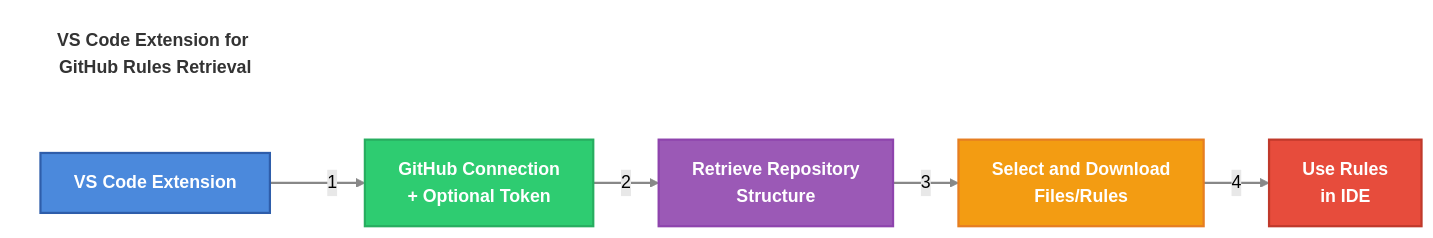
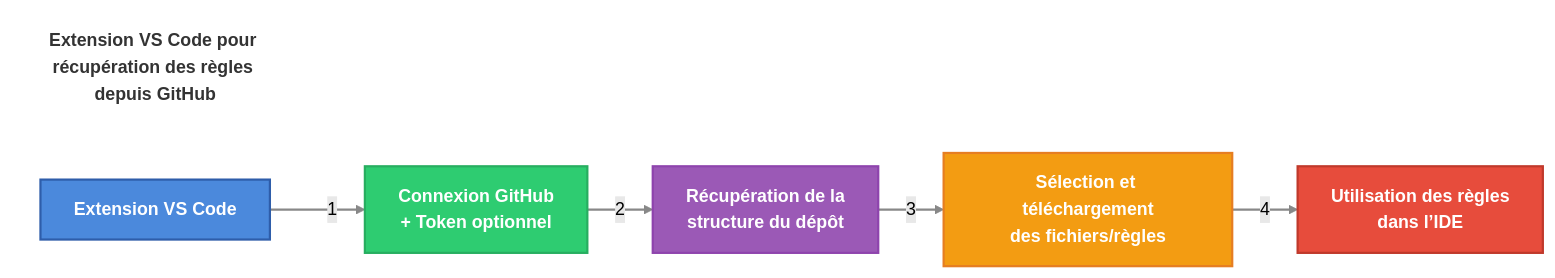
Before and after one commit to ai-driven-dev/rules: the diagram in README.md, drawn with Mermaid (forest theme). The commit also changed other lines of this file and 6 other files, not shown here.

Commit message:
feat: add clean code principles and semantic compression rules; remove outdated code generation and sizes rules

````diff
--- a/README.md
+++ b/README.md
@@ -36,22 +34,19 @@
 ```mermaid
 flowchart LR
-    %% Title of the diagram
     classDef titleClass fill:none,stroke:none,color:#333333,font-size:16px,font-weight:bold
-    title[VS Code Extension for GitHub Rules Retrieval]
+    title[Extension VS Code pour récupération des règles depuis GitHub]
     class title titleClass
     
-    A[VS Code Extension] -->|1| B[GitHub Connection\n+ Optional Token]
-    B -->|2| C[Retrieve Repository\nStructure]
-    C -->|3| D[Select and Download\nFiles/Rules]
-    D -->|4| E[Use Rules\nin IDE]
+    A[Extension VS Code] -->|1| B[Connexion GitHub\n+ Token optionnel]
+    B -->|2| C[Récupération de la\nstructure du dépôt]
+    C -->|3| D[Sélection et téléchargement\ndes fichiers/règles]
+    D -->|4| E[Utilisation des règles\ndans l’IDE]
     
-    %% Styles améliorés avec dégradés et arrondis
     style A fill:#4b89dc,stroke:#2e5daa,color:white,stroke-width:2px,border-radius:10px,font-weight:bold
     style B fill:#2ecc71,stroke:#27ae60,color:white,stroke-width:2px,border-radius:10px,font-weight:bold
     style C fill:#9b59b6,stroke:#8e44ad,color:white,stroke-width:2px,border-radius:10px,font-weight:bold
     style D fill:#f39c12,stroke:#e67e22,color:white,stroke-width:2px,border-radius:10px,font-weight:bold
     style E fill:#e74c3c,stroke:#c0392b,color:white,stroke-width:2px,border-radius:10px,font-weight:bold
     
-    %% Style des liens
     linkStyle 0,1,2,3 stroke-width:2px,stroke:#888888,color:black
 ```
````
